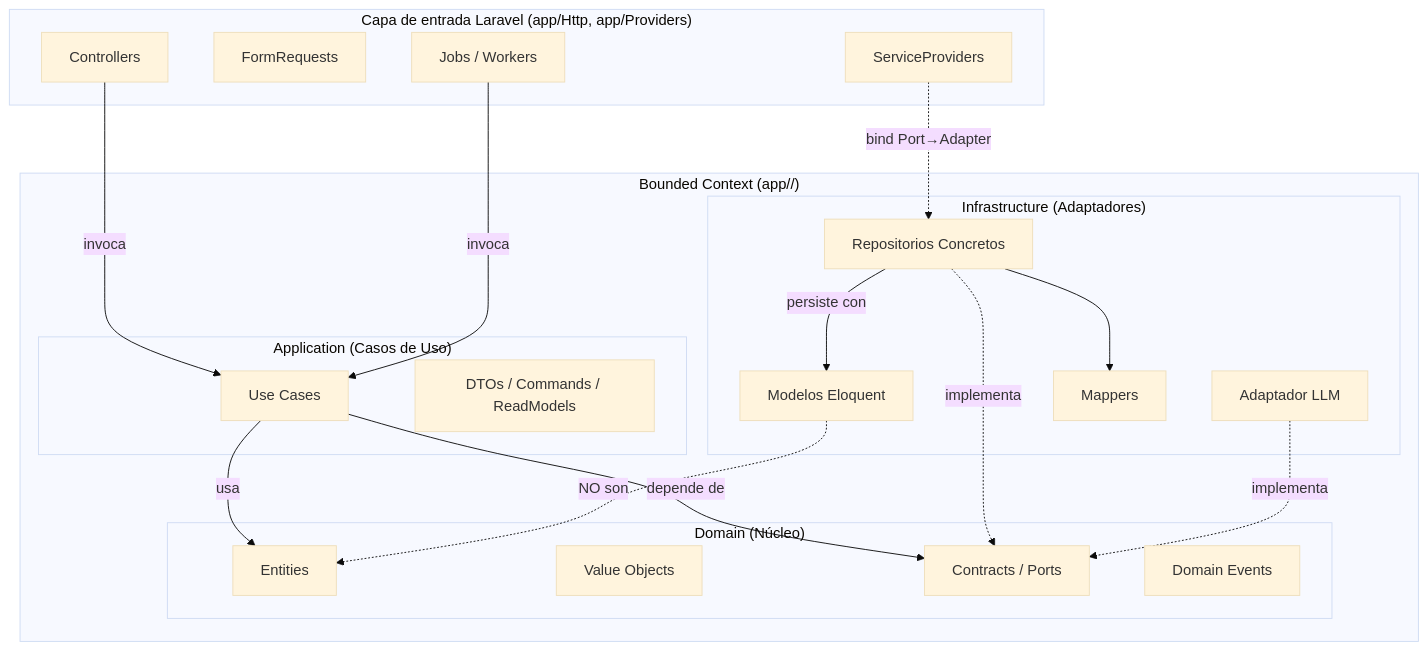
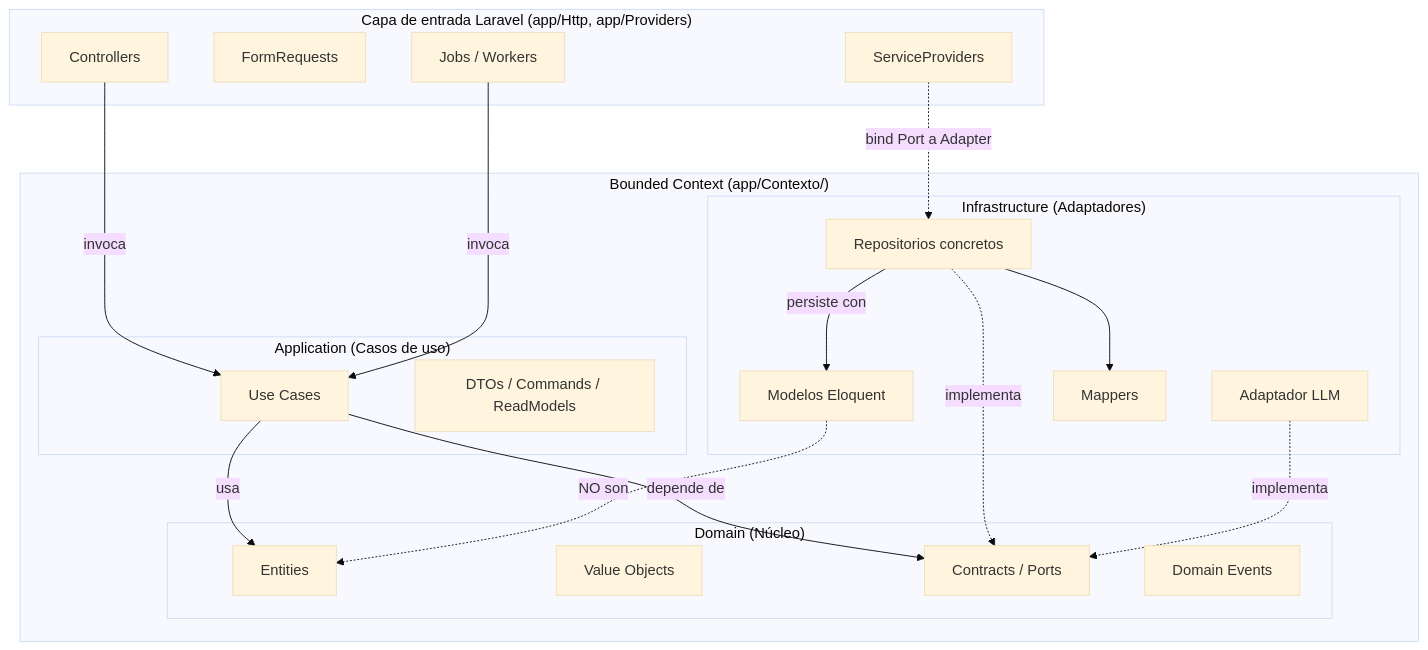
The seventh of 10 diagrams in DESIGN.md (mortiz007/golf-api), drawn with Mermaid (base theme) before and after one commit. The commit also changed other lines of this file and 5 other files, not shown here.

````diff
--- a/DESIGN.md
+++ b/DESIGN.md
@@ -415,39 +669,39 @@
 ```mermaid
 graph TD
     subgraph Laravel["Capa de entrada Laravel (app/Http, app/Providers)"]
         C[Controllers]
         FR[FormRequests]
-        JB[Jobs / Workers]
+        JB["Jobs / Workers"]
         SP[ServiceProviders]
     end
 
-    subgraph BC["Bounded Context (app/<Context>/)"]
+    subgraph BC["Bounded Context (app/Contexto/)"]
         subgraph INFRA["Infrastructure (Adaptadores)"]
-            E[Modelos Eloquent]
-            R[Repositorios Concretos]
-            ALLM[Adaptador LLM]
+            E["Modelos Eloquent"]
+            R["Repositorios concretos"]
+            ALLM["Adaptador LLM"]
             MAP[Mappers]
         end
-        subgraph APP["Application (Casos de Uso)"]
-            UC[Use Cases]
-            DTO[DTOs / Commands / ReadModels]
+        subgraph APP["Application (Casos de uso)"]
+            UC["Use Cases"]
+            DTO["DTOs / Commands / ReadModels"]
         end
         subgraph DOM["Domain (Núcleo)"]
             ENT[Entities]
-            VO[Value Objects]
-            PORT[Contracts / Ports]
-            EVT[Domain Events]
+            VO["Value Objects"]
+            PORT["Contracts / Ports"]
+            EVT["Domain Events"]
         end
     end
 
     C -->|invoca| UC
     JB -->|invoca| UC
     UC -->|usa| ENT
     UC -->|depende de| PORT
     R -.->|implementa| PORT
     ALLM -.->|implementa| PORT
     R -->|persiste con| E
     R --> MAP
-    SP -.->|bind Port→Adapter| R
+    SP -.->|"bind Port a Adapter"| R
     E -.->|NO son| ENT
 ```
````
